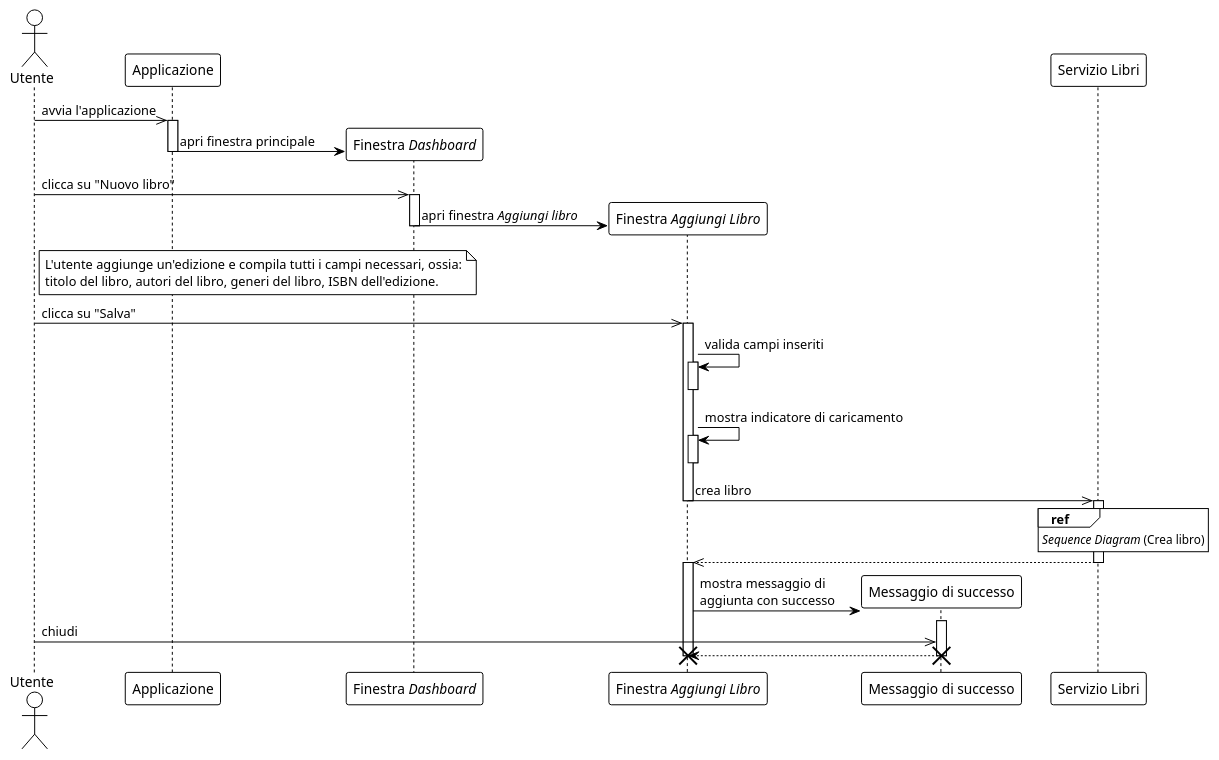
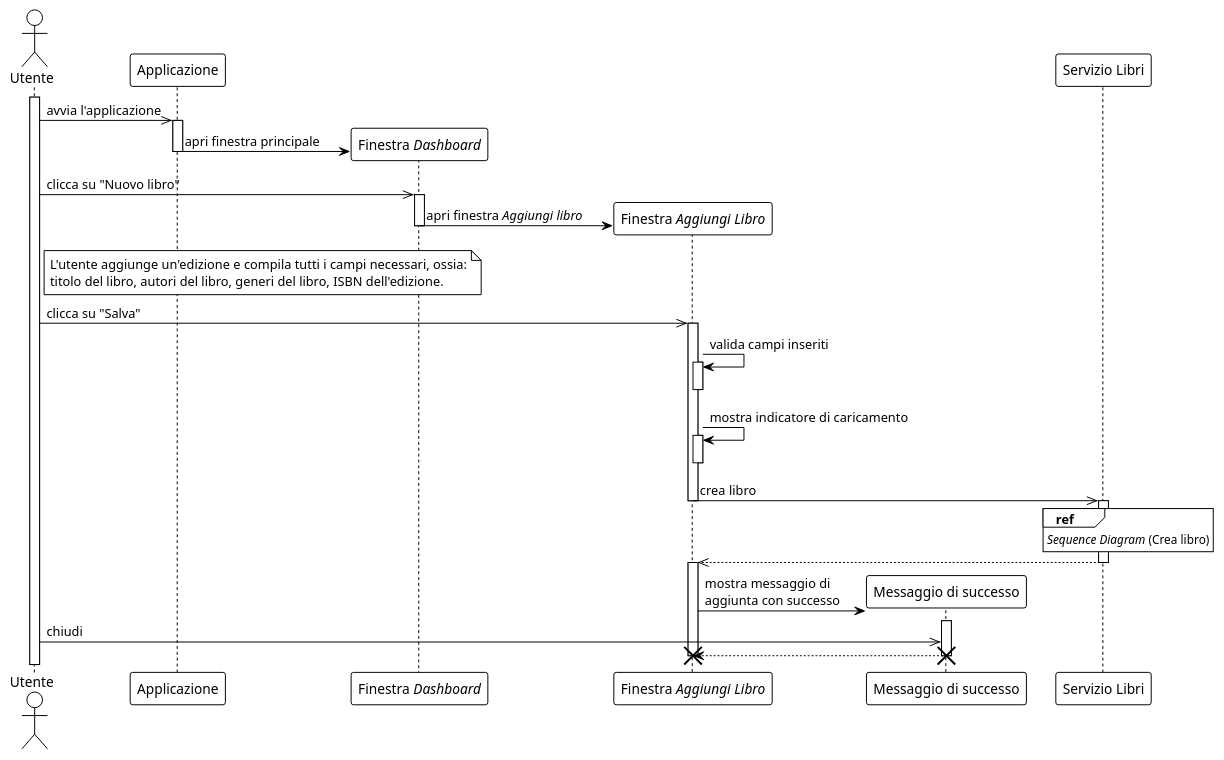
One commit to jiniux/GestoreDiLibreriaPersonale changed the diagram in docs/uml/plantuml/sq_01.puml. Above: the diagram before and after it, drawn with PlantUML. The commit also changed 12 other files, not shown here.

Commit message:
docs: minor corrections on diagrams

```diff
--- a/docs/uml/plantuml/sq_01.puml
+++ b/docs/uml/plantuml/sq_01.puml
@@ -1,83 +1,83 @@
 @startuml
 !theme plain
-
-actor Utente
-
 <style>
-lifeLine {
+lifeLine { 
   LineStyle 3
 }
 </style>
 
+actor Utente
 participant "Applicazione" as app
 participant "Finestra //Dashboard//" as dashboardController
 participant "Finestra //Aggiungi Libro//" as addBookController
 participant "Messaggio di successo" as successMsg
 participant "Servizio Libri" as bookService
+
+activate Utente
 
 Utente ->> app : avvia l'applicazione
 activate app
 
 
 
 app -> dashboardController **: apri finestra principale
 
 deactivate app
 
 
 Utente ->> dashboardController: clicca su "Nuovo libro"
 activate dashboardController
 
 dashboardController -> addBookController **: apri finestra //Aggiungi libro//
 
 deactivate dashboardController
 
 
 note right of Utente
 L'utente aggiunge un'edizione e compila tutti i campi necessari, ossia:
 titolo del libro, autori del libro, generi del libro, ISBN dell'edizione. 
 end note
 
 Utente ->> addBookController: clicca su "Salva"
 activate addBookController
 
 addBookController -> addBookController: valida campi inseriti
 
 activate addBookController
 
 deactivate addBookController
 
 addBookController -> addBookController: mostra indicatore di caricamento
 
 activate addBookController
 
 deactivate addBookController
 
 addBookController ->> bookService: crea libro
 deactivate addBookController
 
 activate bookService
 
 ref over bookService
     //Sequence Diagram// (Crea libro)
 end ref
 
 
 return 
 activate addBookController
 
 addBookController -> successMsg ** : mostra messaggio di\naggiunta con successo
 activate successMsg
 
 
 Utente ->> successMsg: chiudi
 
 return
 destroy successMsg
 
 destroy addBookController
 
 
 
 
 @endumla
```
